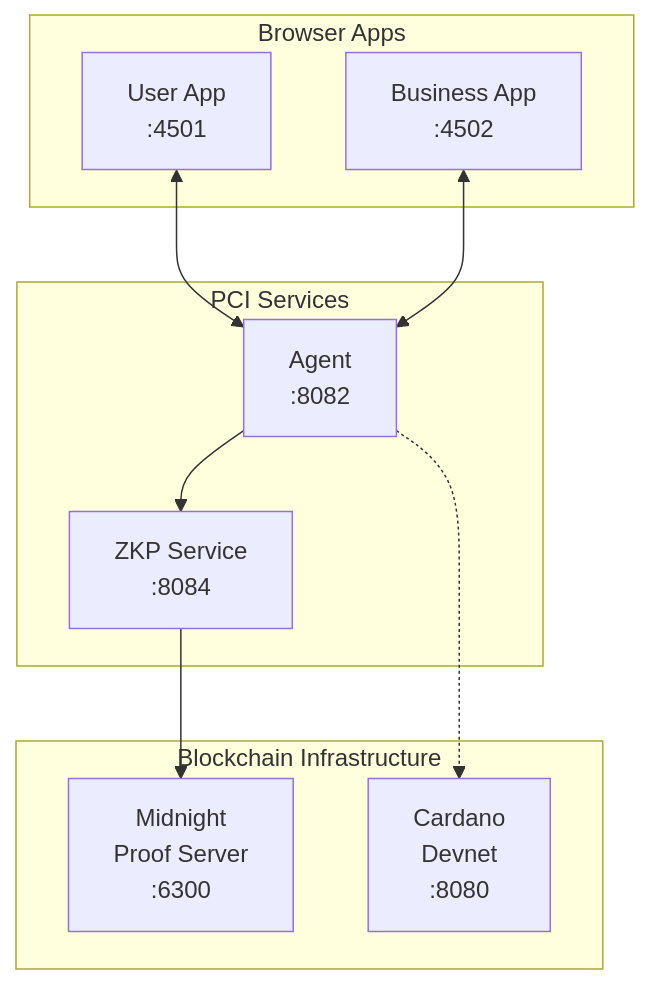
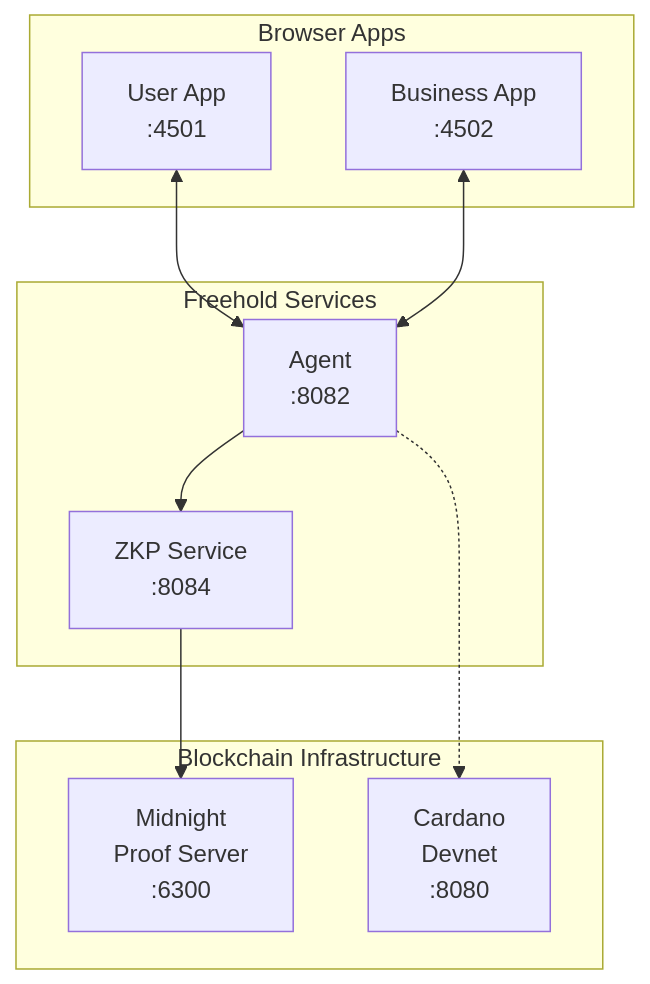
The first of 2 diagrams in demo/README.md (freehold-earth/freehold), drawn with Mermaid before and after one commit. The commit also changed other lines of this file and 22 other files, not shown here.

First line of the commit message:
Rename the project from PCI to Freehold in documents and READMEs

````diff
--- a/demo/README.md
+++ b/demo/README.md
@@ -15,23 +15,23 @@
 ```mermaid
 flowchart TB
     subgraph Frontend["Browser Apps"]
         UA["User App<br/>:4501"]
         BA["Business App<br/>:4502"]
     end
 
-    subgraph Backend["PCI Services"]
+    subgraph Backend["Freehold Services"]
         AG["Agent<br/>:8082"]
         ZKP["ZKP Service<br/>:8084"]
     end
 
     subgraph Blockchain["Blockchain Infrastructure"]
         MN["Midnight<br/>Proof Server<br/>:6300"]
         CD["Cardano<br/>Devnet<br/>:8080"]
     end
 
     UA <--> AG
     BA <--> AG
     AG --> ZKP
     ZKP --> MN
     AG -.-> CD
 ```
````
